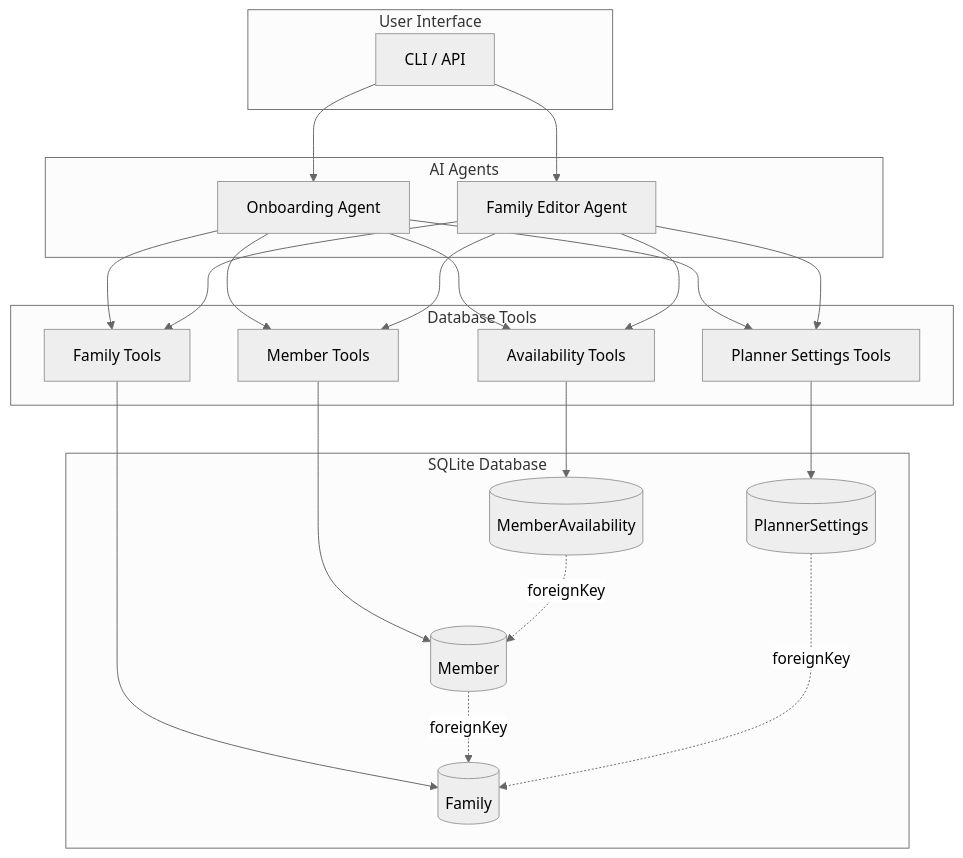
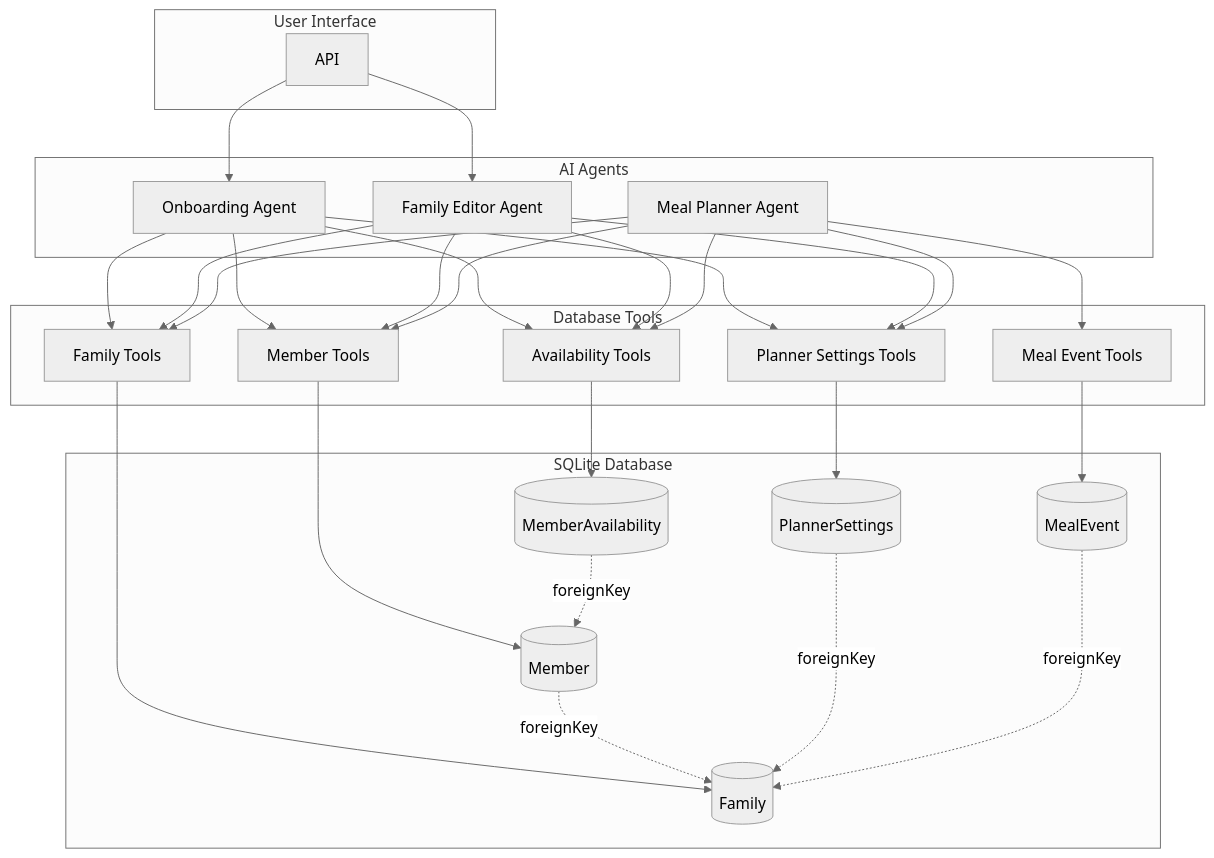
One commit to Nightbr/auguste changed the diagram in specs/architecture.md. Above: the diagram before and after it, drawn with Mermaid (neutral theme). The commit also changed other lines of this file and 52 other files, not shown here.

First line of the commit message:
feat: add meal planner agent and refactor ai structure (#4)

````diff
--- a/specs/architecture.md
+++ b/specs/architecture.md
@@ -5,47 +5,58 @@
 ```mermaid
 flowchart TB
     subgraph UserInterface["User Interface"]
-        CLI["CLI / API"]
+        API["API"]
     end
 
     subgraph Agents["AI Agents"]
         OBA["Onboarding Agent"]
         FEA["Family Editor Agent"]
+        MPA["Meal Planner Agent"]
     end
 
     subgraph Tools["Database Tools"]
         FT["Family Tools"]
         MT["Member Tools"]
         AT["Availability Tools"]
         PT["Planner Settings Tools"]
+        MET["Meal Event Tools"]
     end
 
     subgraph Database["SQLite Database"]
         FAM[("Family")]
         MEM[("Member")]
         AVL[("MemberAvailability")]
         PLS[("PlannerSettings")]
+        MLE[("MealEvent")]
     end
 
-    CLI --> OBA
-    CLI --> FEA
+    API --> OBA
+    API --> FEA
 
     OBA --> FT
     OBA --> MT
     OBA --> AT
     OBA --> PT
 
     FEA --> FT
     FEA --> MT
     FEA --> AT
     FEA --> PT
 
+    MPA --> FT
+    MPA --> MT
+    MPA --> AT
+    MPA --> PT
+    MPA --> MET
+
     FT --> FAM
     MT --> MEM
     AT --> AVL
     PT --> PLS
+    MET --> MLE
 
     MEM -.->|"foreignKey"| FAM
     AVL -.->|"foreignKey"| MEM
     PLS -.->|"foreignKey"| FAM
+    MLE -.->|"foreignKey"| FAM
 ```
````
